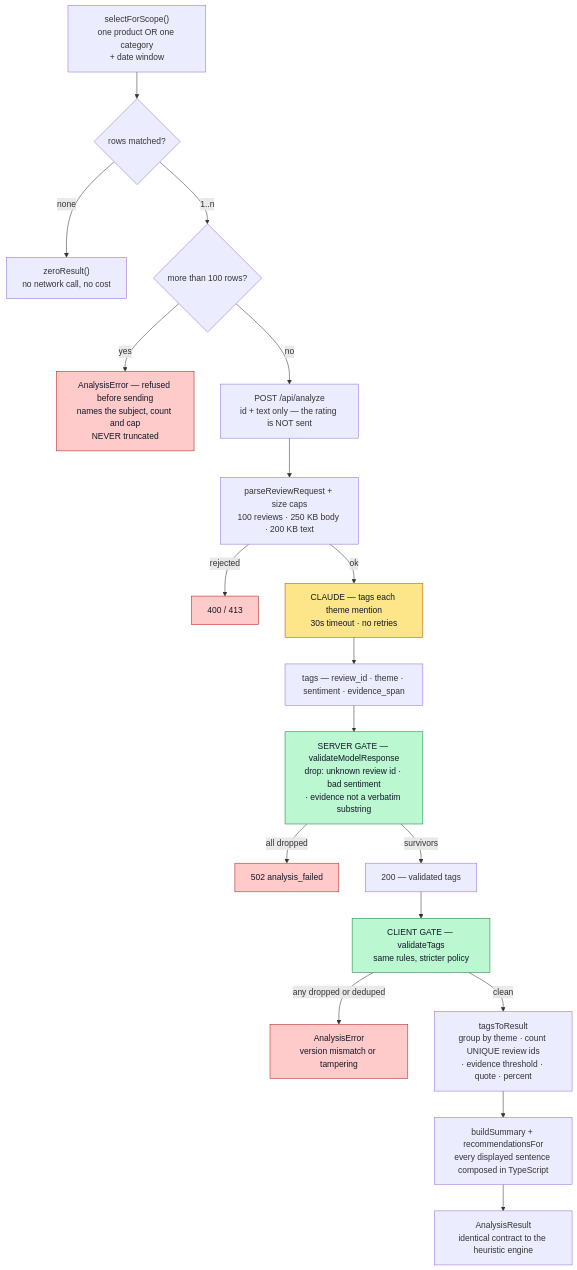
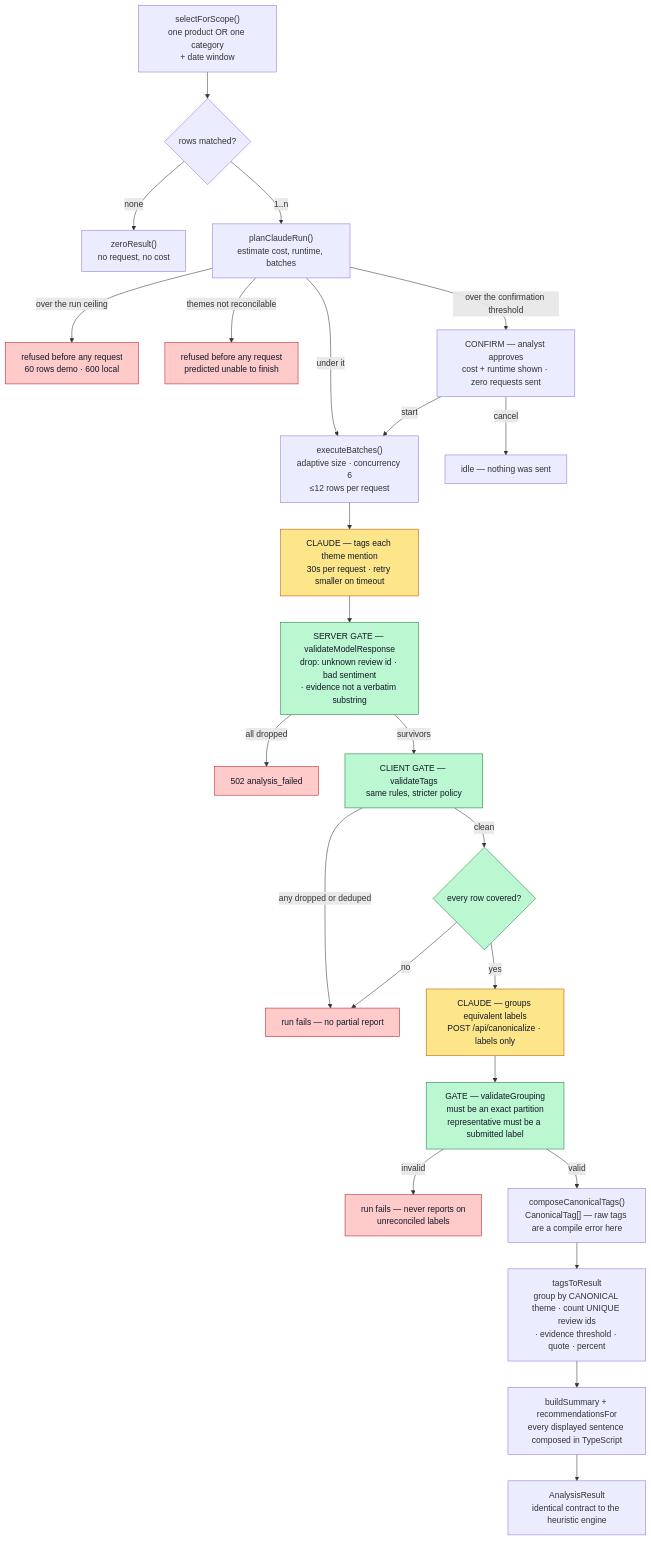
One commit to Amina-Moufakkir/ReviewIQ changed the diagram in README.md. Above: the diagram before and after it, drawn with Mermaid. The commit also changed other lines of this file, not shown here.

First line of the commit message:
docs: bring the README up to the batched architecture

````diff
--- a/README.md
+++ b/README.md
@@ -380,32 +399,40 @@
 ```mermaid
 flowchart TD
     A["selectForScope()<br/>one product OR one category<br/>+ date window"] --> B{"rows matched?"}
-    B -- none --> Z["zeroResult()<br/>no network call, no cost"]
-    B -- "1..n" --> CAP{"more than 100 rows?"}
-    CAP -- yes --> E0["AnalysisError — refused before sending<br/>names the subject, count and cap<br/>NEVER truncated"]
-    CAP -- no --> REQ["POST /api/analyze<br/>id + text only — the rating is NOT sent"]
+    B -- none --> Z["zeroResult()<br/>no request, no cost"]
+    B -- "1..n" --> P["planClaudeRun()<br/>estimate cost, runtime, batches"]
 
-    REQ --> V["parseReviewRequest + size caps<br/>100 reviews · 250 KB body · 200 KB text"]
-    V -- rejected --> E1["400 / 413"]
-    V -- ok --> M["CLAUDE — tags each theme mention<br/>30s timeout · no retries"]
+    P -- "over the run ceiling" --> E0["refused before any request<br/>60 rows demo · 600 local"]
+    P -- "themes not reconcilable" --> E0b["refused before any request<br/>predicted unable to finish"]
+    P -- "over the confirmation threshold" --> C["CONFIRM — analyst approves<br/>cost + runtime shown · zero requests sent"]
+    P -- "under it" --> EX
+    C -- start --> EX
+    C -- cancel --> Z2["idle — nothing was sent"]
 
-    M --> RAW["tags — review_id · theme · sentiment · evidence_span"]
+    EX["executeBatches()<br/>adaptive size · concurrency 6<br/>≤12 rows per request"] --> M
 
-    RAW --> G1["SERVER GATE — validateModelResponse<br/>drop: unknown review id · bad sentiment<br/>· evidence not a verbatim substring"]
+    M["CLAUDE — tags each theme mention<br/>30s per request · retry smaller on timeout"] --> G1
+    G1["SERVER GATE — validateModelResponse<br/>drop: unknown review id · bad sentiment<br/>· evidence not a verbatim substring"]
     G1 -- "all dropped" --> E2["502 analysis_failed"]
-    G1 -- survivors --> RESP["200 — validated tags"]
+    G1 -- survivors --> G2["CLIENT GATE — validateTags<br/>same rules, stricter policy"]
+    G2 -- "any dropped or deduped" --> E3["run fails — no partial report"]
+    G2 -- clean --> COV{"every row covered?"}
+    COV -- no --> E3
+    COV -- yes --> CAN
 
-    RESP --> G2["CLIENT GATE — validateTags<br/>same rules, stricter policy"]
-    G2 -- "any dropped or deduped" --> E3["AnalysisError<br/>version mismatch or tampering"]
-    G2 -- clean --> T["tagsToResult<br/>group by theme · count UNIQUE review ids<br/>· evidence threshold · quote · percent"]
+    CAN["CLAUDE — groups equivalent labels<br/>POST /api/canonicalize · labels only"] --> G3
+    G3["GATE — validateGrouping<br/>must be an exact partition<br/>representative must be a submitted label"]
+    G3 -- invalid --> E4["run fails — never reports on<br/>unreconciled labels"]
+    G3 -- valid --> CT["composeCanonicalTags()<br/>CanonicalTag[] — raw tags are a compile error here"]
 
+    CT --> T["tagsToResult<br/>group by CANONICAL theme · count UNIQUE review ids<br/>· evidence threshold · quote · percent"]
     T --> S["buildSummary + recommendationsFor<br/>every displayed sentence composed in TypeScript"]
     S --> OUT["AnalysisResult<br/>identical contract to the heuristic engine"]
 
     classDef nd fill:#fde68a,stroke:#b45309,color:#111827
     classDef gate fill:#bbf7d0,stroke:#15803d,color:#111827
     classDef err fill:#fecaca,stroke:#b91c1c,color:#111827
-    class M nd
-    class G1,G2 gate
-    class E0,E1,E2,E3 err
+    class M,CAN nd
+    class G1,G2,G3,COV gate
+    class E0,E0b,E2,E3,E4 err
 ```
````
